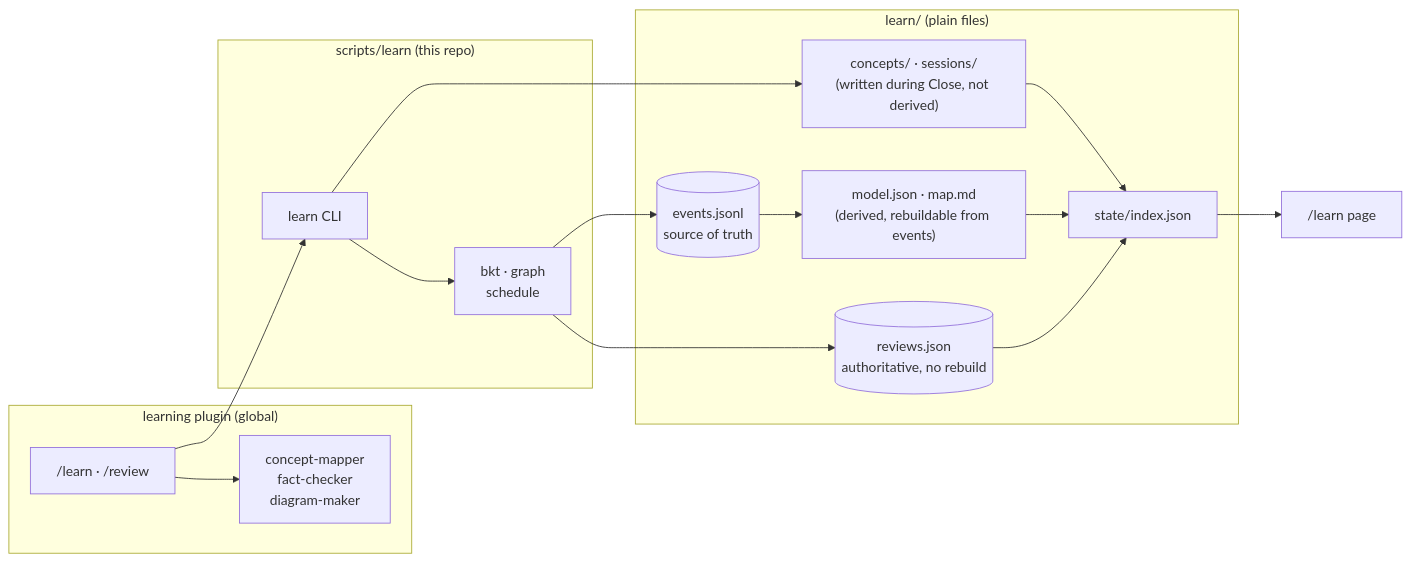
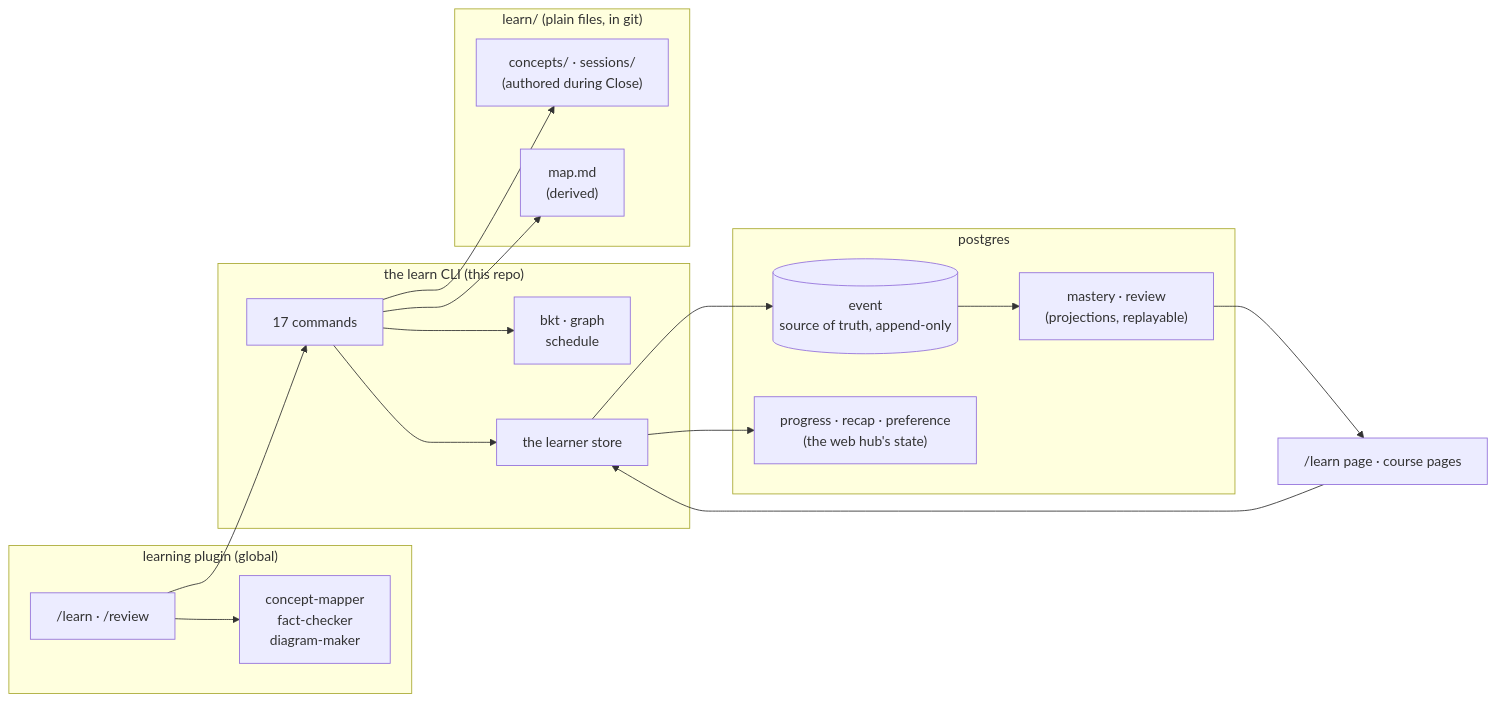
One commit to c-wenlong/gnosia-learn changed the diagram in README.md. Above: the diagram before and after it, drawn with Mermaid. The commit also changed other lines of this file and 18 other files, not shown here.

````diff
--- a/README.md
+++ b/README.md
@@ -134,30 +134,33 @@
 ```mermaid
 flowchart LR
     subgraph PLUGIN["learning plugin (global)"]
         SK["/learn · /review"]
         AG["concept-mapper<br/>fact-checker<br/>diagram-maker"]
     end
-    subgraph CODE["scripts/learn (this repo)"]
-        C["learn CLI"]
+    subgraph CODE["the learn CLI (this repo)"]
+        C["17 commands"]
         LIB["bkt · graph<br/>schedule"]
+        ST["the learner store"]
     end
-    subgraph KB["learn/ (plain files)"]
-        EV[("events.jsonl<br/>source of truth")]
-        REC["concepts/ · sessions/<br/>(written during Close, not derived)"]
-        DER["model.json · map.md<br/>(derived, rebuildable from events)"]
-        REV[("reviews.json<br/>authoritative, no rebuild")]
-        IDX["state/index.json"]
+    subgraph KB["learn/ (plain files, in git)"]
+        REC["concepts/ · sessions/<br/>(authored during Close)"]
+        MAP["map.md<br/>(derived)"]
     end
-    WEB["/learn page"]
+    subgraph PG["postgres"]
+        EV[("event<br/>source of truth, append-only")]
+        DER["mastery · review<br/>(projections, replayable)"]
+        STA["progress · recap · preference<br/>(the web hub's state)"]
+    end
+    WEB["/learn page · course pages"]
     SK --> AG
     SK --> C
     C --> LIB
     C --> REC
-    LIB --> EV
-    LIB --> REV
+    C --> MAP
+    C --> ST
+    ST --> EV
     EV --> DER
-    REC --> IDX
-    DER --> IDX
-    REV --> IDX
-    IDX --> WEB
+    WEB --> ST
+    ST --> STA
+    DER --> WEB
 ```
````
